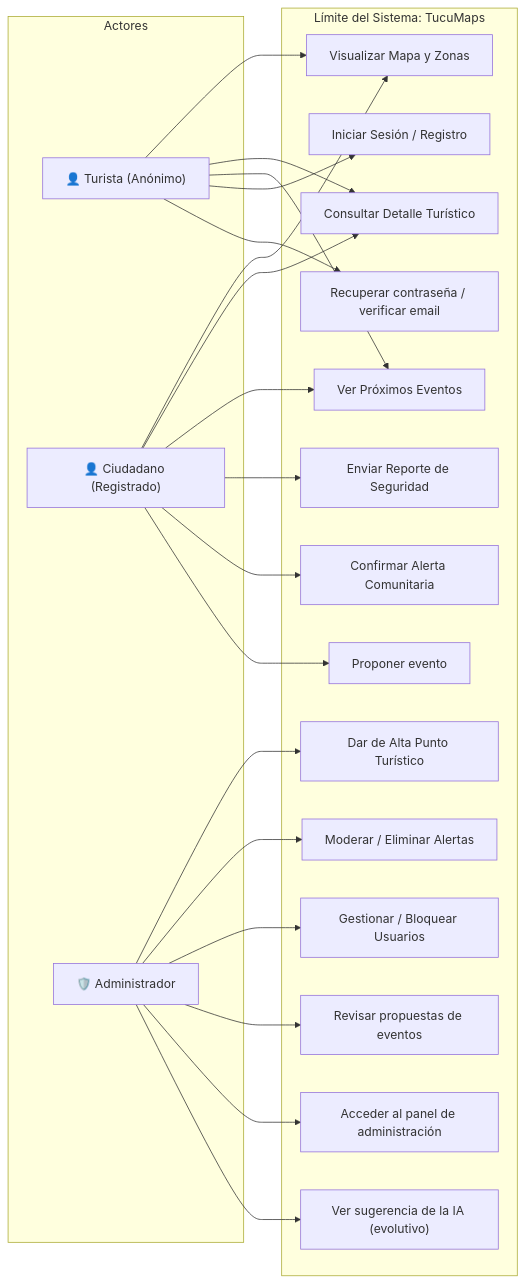
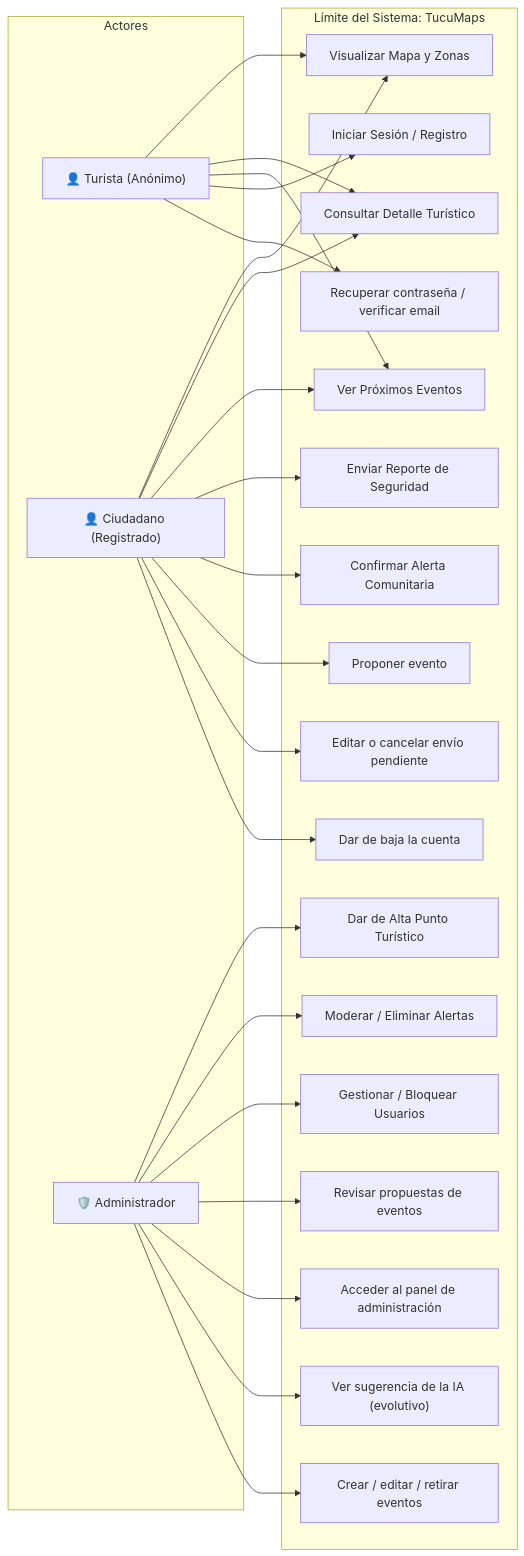
One commit to Fumacio/TucuMaps2 changed the diagram in docs/Diagrama de casos de uso TucuMaps.md. Above: the diagram before and after it, drawn with Mermaid. The commit also changed other lines of this file and 12 other files, not shown here.

````diff
--- a/docs/Diagrama de casos de uso TucuMaps.md
+++ b/docs/Diagrama de casos de uso TucuMaps.md
@@ -35,46 +34,52 @@
 ```mermaid
 flowchart LR
     subgraph Actores
         Anonimo["👤 Turista (Anónimo)"]
         Ciudadano["👤 Ciudadano (Registrado)"]
         Admin["🛡️ Administrador"]
     end
 
     subgraph TucuMaps["Límite del Sistema: TucuMaps"]
         CU1["Visualizar Mapa y Zonas"]
         CU2["Consultar Detalle Turístico"]
         CU3["Ver Próximos Eventos"]
         CU4["Iniciar Sesión / Registro"]
         CU5["Enviar Reporte de Seguridad"]
         CU6["Confirmar Alerta Comunitaria"]
         CU7["Dar de Alta Punto Turístico"]
         CU8["Moderar / Eliminar Alertas"]
         CU9["Gestionar / Bloquear Usuarios"]
         CU10["Revisar propuestas de eventos"]
         CU11["Proponer evento"]
         CU12["Acceder al panel de administración"]
         CU13["Ver sugerencia de la IA (evolutivo)"]
         CU14["Recuperar contraseña / verificar email"]
+        CU15["Editar o cancelar envío pendiente"]
+        CU16["Dar de baja la cuenta"]
+        CU17["Crear / editar / retirar eventos"]
     end
 
     %% Relaciones de actores
     Anonimo --> CU1
     Anonimo --> CU2
     Anonimo --> CU3
     Anonimo --> CU4
     Anonimo --> CU14
 
     Ciudadano --> CU1
     Ciudadano --> CU2
     Ciudadano --> CU3
     Ciudadano --> CU5
     Ciudadano --> CU6
     Ciudadano --> CU11
+    Ciudadano --> CU15
+    Ciudadano --> CU16
 
     Admin --> CU7
     Admin --> CU8
     Admin --> CU9
     Admin --> CU10
     Admin --> CU12
     Admin --> CU13
+    Admin --> CU17
 ```
````
